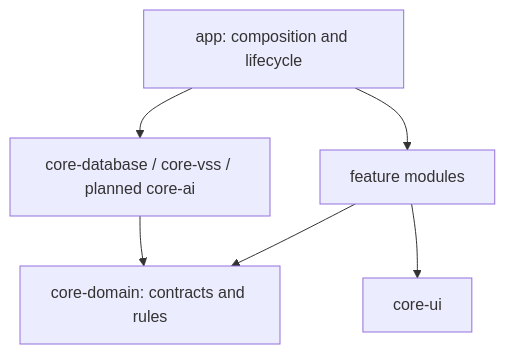
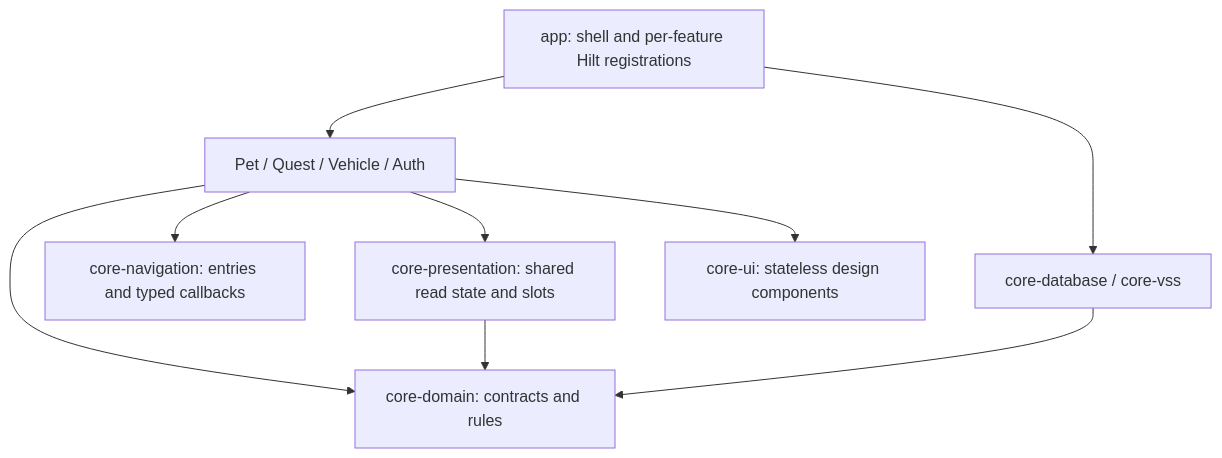
One commit to devemberx/mobimon changed the diagram in docs/ARCHITECTURE.md. Above: the diagram before and after it, drawn with Mermaid. The commit also changed other lines of this file and 138 other files, not shown here.

First line of the commit message:
refactor(app): isolate feature ownership

````diff
--- a/docs/ARCHITECTURE.md
+++ b/docs/ARCHITECTURE.md
@@ -92,8 +99,11 @@
 ```mermaid
 flowchart TD
-    app[app: composition and lifecycle] --> feature[feature modules]
-    app --> data[core-database / core-vss / planned core-ai]
-    feature --> domain[core-domain: contracts and rules]
-    feature --> ui[core-ui]
+    app[app: shell and per-feature Hilt registrations] --> features[Pet / Quest / Vehicle / Auth]
+    app --> data[core-database / core-vss]
+    features --> nav[core-navigation: entries and typed callbacks]
+    features --> presentation[core-presentation: shared read state and slots]
+    features --> ui[core-ui: stateless design components]
+    features --> domain[core-domain: contracts and rules]
+    presentation --> domain
     data --> domain
 ```
````
